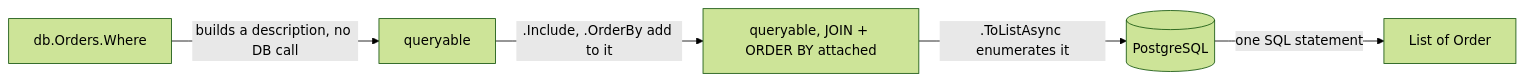
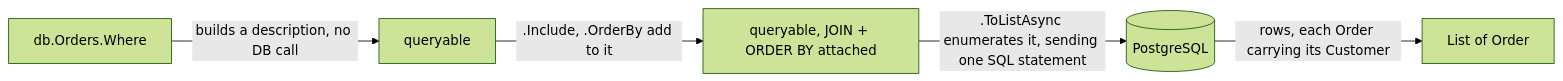
The diagram in content/tracks/backend/orm-efcore/backend.l1.querying-with-linq.en.md (duyan11110/lo-trinh-architect), drawn with Mermaid (forest theme) before and after one commit. The commit also changed other lines of this file and 3 other files, not shown here.

````diff
--- a/content/tracks/backend/orm-efcore/backend.l1.querying-with-linq.en.md
+++ b/content/tracks/backend/orm-efcore/backend.l1.querying-with-linq.en.md
@@ -40,7 +40,7 @@
 ```mermaid
 flowchart LR
   A[db.Orders.Where] -->|builds a description, no DB call| B[queryable]
   B -->|.Include, .OrderBy add to it| C[queryable, JOIN + ORDER BY attached]
-  C -->|.ToListAsync enumerates it| D[(PostgreSQL)]
-  D -->|one SQL statement| E[List of Order]
+  C -->|.ToListAsync enumerates it, sending one SQL statement| D[(PostgreSQL)]
+  D -->|rows, each Order carrying its Customer| E[List of Order]
 ```
````
